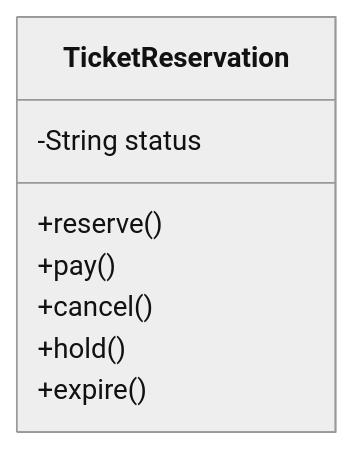
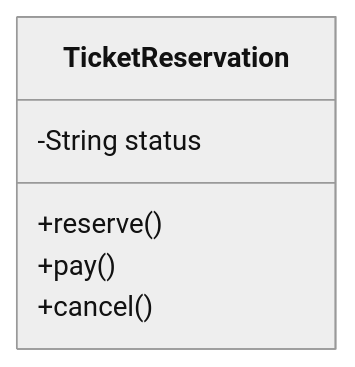
The second of 8 diagrams in kindle/design-patterns/output/chapter03.md (kumachan1101-pixel/DesignPattern), drawn with Mermaid (neutral theme) before and after one commit. The commit also changed other lines of this file and 1 other file, not shown here.

````diff
--- a/kindle/design-patterns/output/chapter03.md
+++ b/kindle/design-patterns/output/chapter03.md
@@ -80,11 +80,9 @@
 ```mermaid
 classDiagram
     class TicketReservation {
         -String status
         +reserve()
         +pay()
         +cancel()
-        +hold()
-        +expire()
     }
 ```
````
